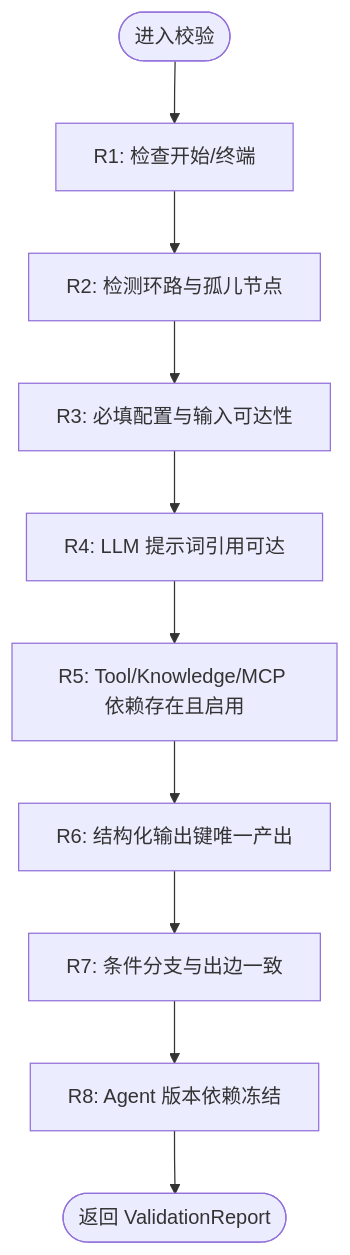
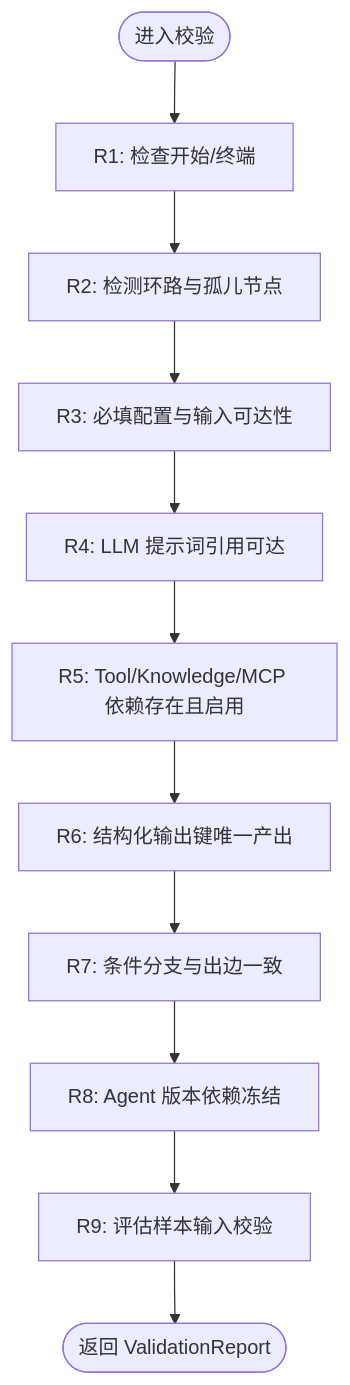
One commit to huiliuxu780/MoreThanCorn changed the third of 3 diagrams in .qoder/repowiki/zh/content/Agent 与工作流域.md. Above: the diagram before and after it, drawn with Mermaid. The commit also changed other lines of this file and 141 other files, not shown here.

````diff
--- a/.qoder/repowiki/zh/content/Agent 与工作流域.md
+++ b/.qoder/repowiki/zh/content/Agent 与工作流域.md
@@ -276,12 +300,13 @@
 ```mermaid
 flowchart TD
 Start(["进入校验"]) --> R1["R1: 检查开始/终端"]
 R1 --> R2["R2: 检测环路与孤儿节点"]
 R2 --> R3["R3: 必填配置与输入可达性"]
 R3 --> R4["R4: LLM 提示词引用可达"]
 R4 --> R5["R5: Tool/Knowledge/MCP 依赖存在且启用"]
 R5 --> R6["R6: 结构化输出键唯一产出"]
 R6 --> R7["R7: 条件分支与出边一致"]
 R7 --> R8["R8: Agent 版本依赖冻结"]
-R8 --> End(["返回 ValidationReport"])
+R8 --> R9["R9: 评估样本输入校验"]
+R9 --> End(["返回 ValidationReport"])
 ```
````
